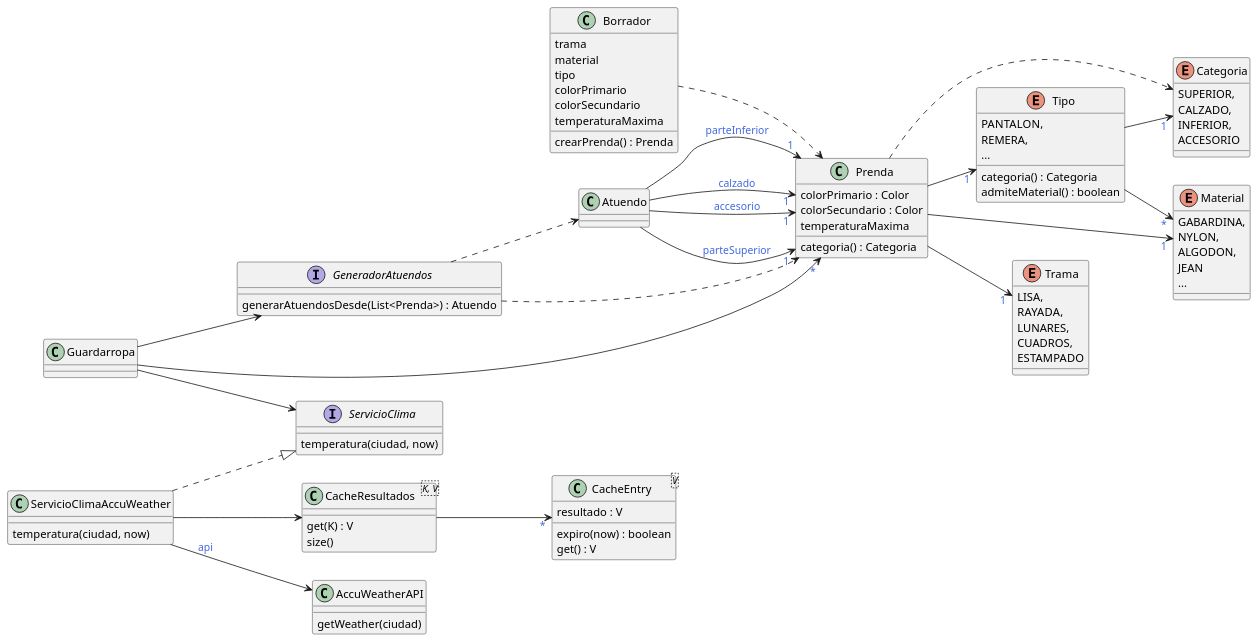
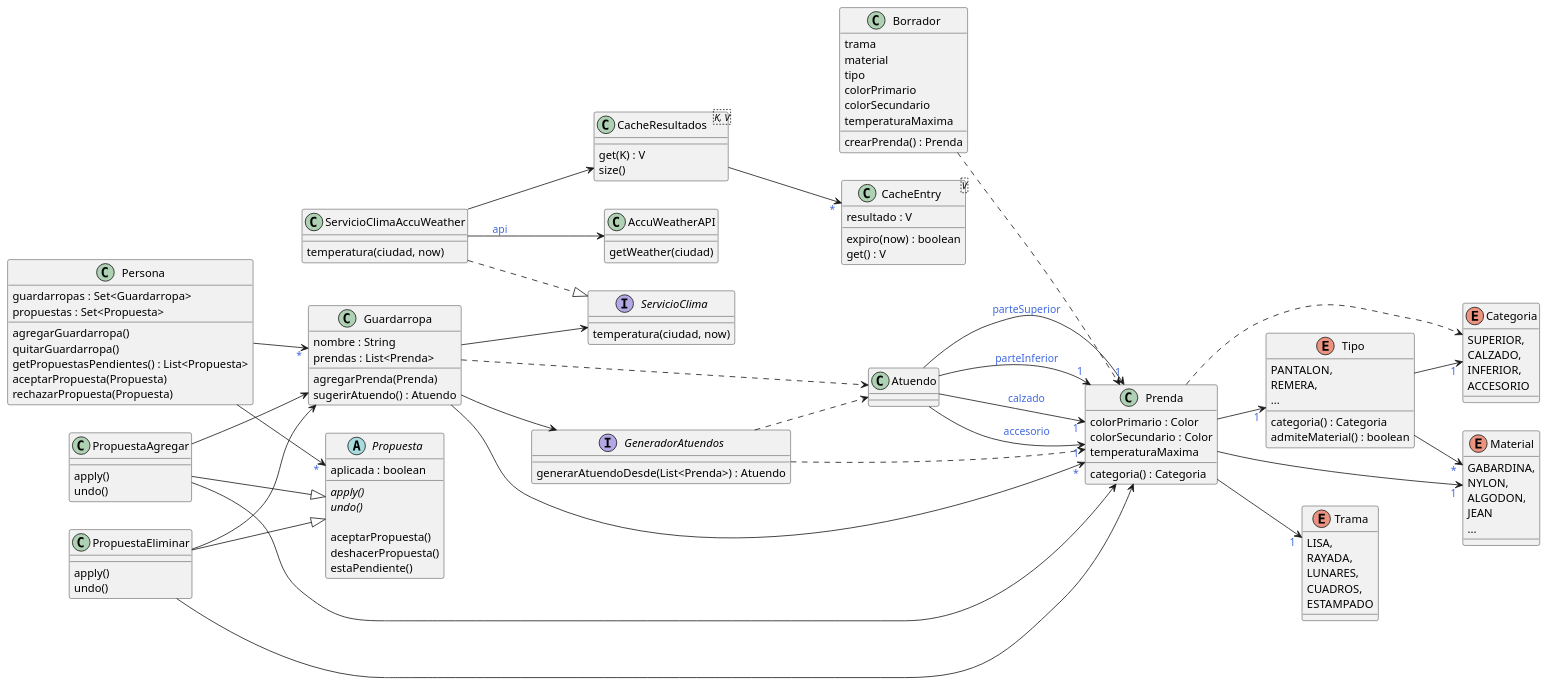
Before and after one commit to ariel-/tp-dds-qmp: the diagram in assets/qmp.puml, drawn with PlantUML. The commit also changed 14 other files, not shown here.

Commit message:
Agrego modelo guardarropas y persona. Cambio temperaturas a BigDecimal

```diff
--- a/assets/qmp.puml
+++ b/assets/qmp.puml
@@ -1,117 +1,171 @@
 @startuml
 left to right direction
 skinparam backgroundColor transparent
 skinparam arrowFontColor royalblue
 
 together {
     class Prenda {
         colorPrimario : Color
         colorSecundario : Color
         temperaturaMaxima
         categoria() : Categoria
     }
 
     enum Trama {
         LISA,
         RAYADA,
         LUNARES,
         CUADROS,
         ESTAMPADO
     }
 
     enum Material {
         GABARDINA,
         NYLON,
         ALGODON,
         JEAN
         ...
     }
 
     enum Tipo {
         PANTALON,
         REMERA,
         ...
 
         categoria() : Categoria
         admiteMaterial() : boolean
     }
 
     enum Categoria {
         SUPERIOR,
         CALZADO,
         INFERIOR,
         ACCESORIO
     }
 
     Prenda --> "1" Material
     Prenda --> "1" Trama
     Prenda --> "1" Tipo
 
     Prenda ..> Categoria
 
     Tipo --> "1" Categoria
     Tipo --> "*" Material
 }
 
 class Borrador {
     trama
     material
     tipo
     colorPrimario
     colorSecundario
     temperaturaMaxima
 
     crearPrenda() : Prenda
 }
 
 interface GeneradorAtuendos {
-    generarAtuendosDesde(List<Prenda>) : Atuendo
+    generarAtuendoDesde(List<Prenda>) : Atuendo
 }
 
 class Atuendo {
 }
 
 interface ServicioClima {
     temperatura(ciudad, now)
 }
 
 class ServicioClimaAccuWeather {
     temperatura(ciudad, now)
 }
 
 class "CacheResultados<K, V>" as CacheResultados {
     get(K) : V
     size()
 }
 
 class "CacheEntry<V>" as CacheEntry {
     resultado : V
     expiro(now) : boolean
     get() : V
 }
 
 class AccuWeatherAPI {
     getWeather(ciudad)
 }
 
 Borrador ..> Prenda
 
 Atuendo --> "1" Prenda : parteSuperior
 Atuendo --> "1" Prenda : parteInferior
 Atuendo --> "1" Prenda : calzado
 Atuendo --> "1" Prenda : accesorio
 
-Guardarropa --> GeneradorAtuendos
-Guardarropa --> ServicioClima
-Guardarropa --> "*" Prenda
-
 GeneradorAtuendos ..> Prenda
 GeneradorAtuendos ..> Atuendo
 
 ServicioClimaAccuWeather ..|> ServicioClima
 ServicioClimaAccuWeather --> CacheResultados
 ServicioClimaAccuWeather --> AccuWeatherAPI : api
 
 CacheResultados --> "*" CacheEntry
 
+class Persona {
+    guardarropas : Set<Guardarropa>
+    propuestas : Set<Propuesta>
+
+    agregarGuardarropa()
+    quitarGuardarropa()
+    getPropuestasPendientes() : List<Propuesta>
+    aceptarPropuesta(Propuesta)
+    rechazarPropuesta(Propuesta)
+}
+
+' Command pattern :)
+together {
+    abstract class Propuesta {
+        aplicada : boolean
+
+        {abstract} apply()
+        {abstract} undo()
+
+        aceptarPropuesta()
+        deshacerPropuesta()
+        estaPendiente()
+    }
+
+    class PropuestaAgregar {
+        apply()
+        undo()
+    }
+
+    class PropuestaEliminar {
+        apply()
+        undo()
+    }
+}
+
+PropuestaAgregar --|> Propuesta
+PropuestaAgregar --> Prenda
+PropuestaAgregar --> Guardarropa
+
+PropuestaEliminar --|> Propuesta
+PropuestaEliminar --> Prenda
+PropuestaEliminar --> Guardarropa
+
+class Guardarropa {
+    nombre : String
+    prendas : List<Prenda>
+
+    agregarPrenda(Prenda)
+    sugerirAtuendo() : Atuendo
+}
+
+Guardarropa --> GeneradorAtuendos
+Guardarropa --> ServicioClima
+Guardarropa --> "*" Prenda
+Guardarropa ..> Atuendo
+
+Persona --> "*" Propuesta
+Persona --> "*" Guardarropa
 @enduml
```
